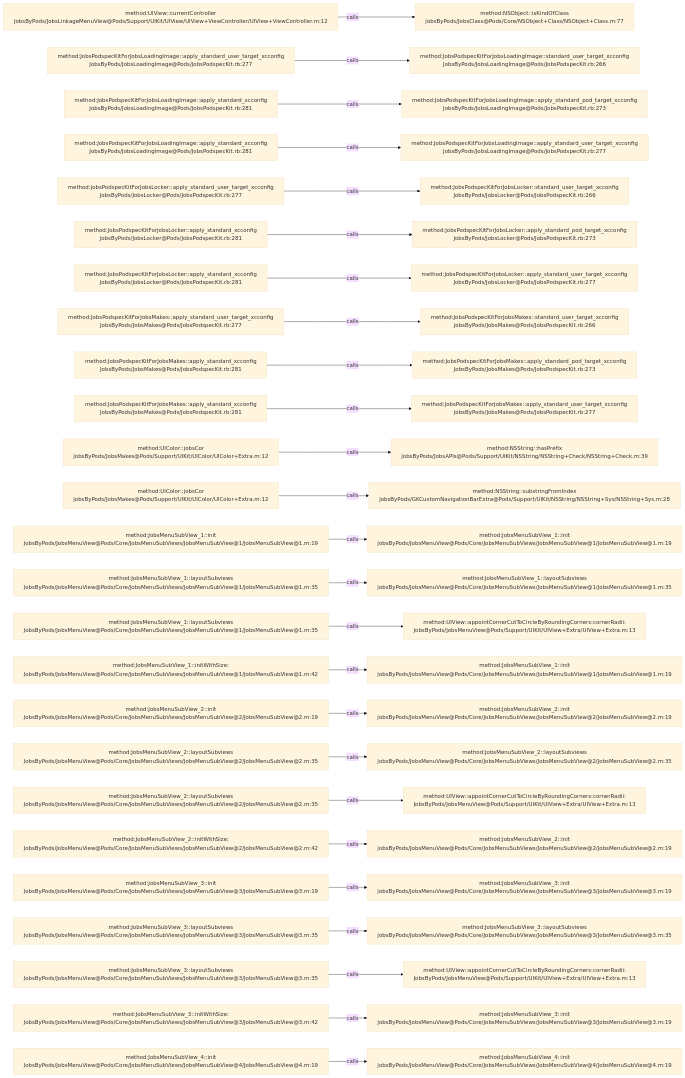
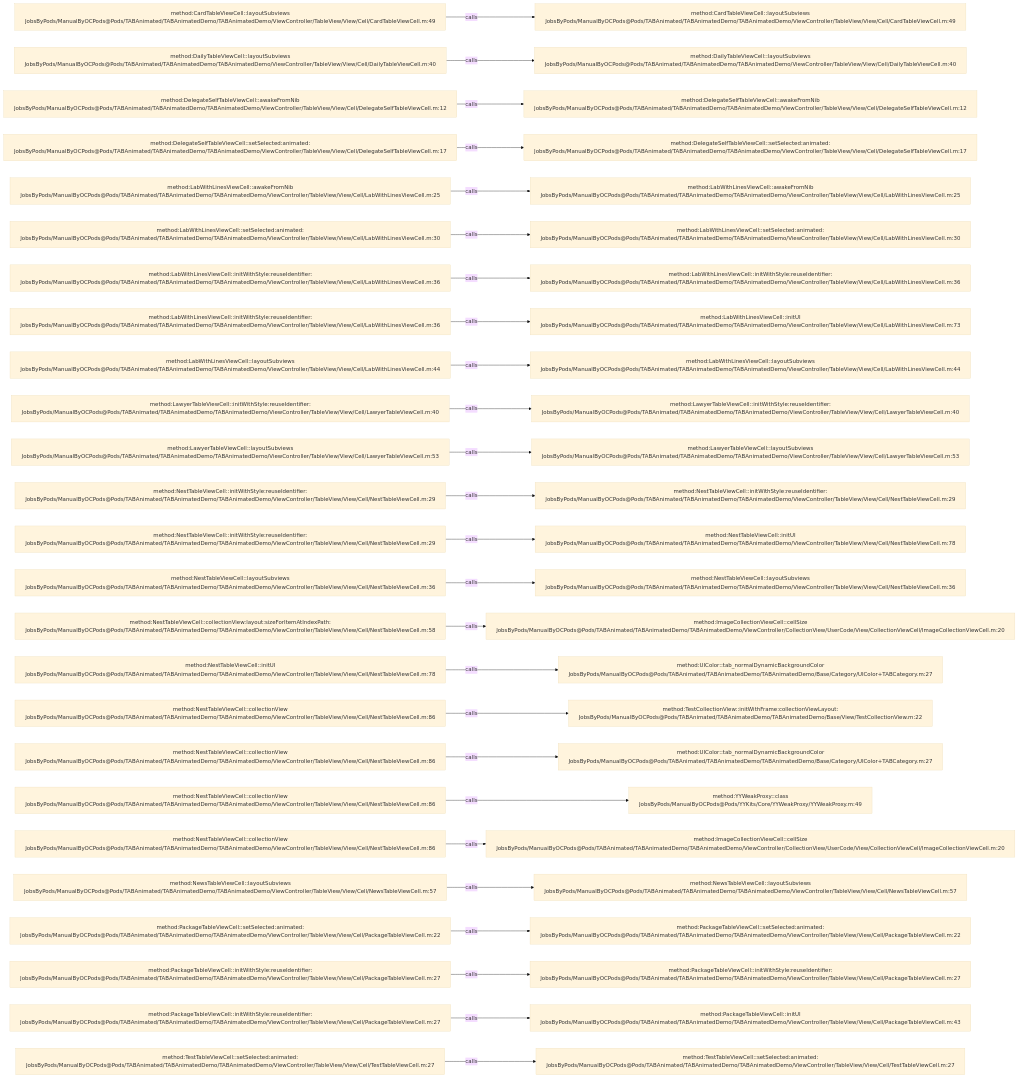
One commit to JobsKits/JobsOCBaseConfigDemo changed the diagram in .codegraph/codegraph.md/graphs/calls-075.md. Above: the diagram before and after it, drawn with Mermaid (base theme). The commit also changed 2162 other files, not shown here.

````diff
--- a/.codegraph/codegraph.md/graphs/calls-075.md
+++ b/.codegraph/codegraph.md/graphs/calls-075.md
@@ -13,78 +13,78 @@
 ```mermaid
 flowchart LR
-  S1["method:UIView::currentController<br/>JobsByPods/JobsLinkageMenuView@Pods/Support/UIKit/UIView/UIView+ViewController/UIView+ViewController.m:12"]
-  T1["method:NSObject::isKindOfClass<br/>JobsByPods/JobsClass@Pods/Core/NSObject+Class/NSObject+Class.m:77"]
+  S1["method:CardTableViewCell::layoutSubviews<br/>JobsByPods/ManualByOCPods@Pods/TABAnimated/TABAnimatedDemo/TABAnimatedDemo/ViewController/TableView/View/Cell/CardTableViewCell.m:49"]
+  T1["method:CardTableViewCell::layoutSubviews<br/>JobsByPods/ManualByOCPods@Pods/TABAnimated/TABAnimatedDemo/TABAnimatedDemo/ViewController/TableView/View/Cell/CardTableViewCell.m:49"]
   S1 -->|calls| T1
-  S2["method:JobsPodspecKitForJobsLoadingImage::apply_standard_user_target_xcconfig<br/>JobsByPods/JobsLoadingImage@Pods/JobsPodspecKit.rb:277"]
-  T2["method:JobsPodspecKitForJobsLoadingImage::standard_user_target_xcconfig<br/>JobsByPods/JobsLoadingImage@Pods/JobsPodspecKit.rb:266"]
+  S2["method:DailyTableViewCell::layoutSubviews<br/>JobsByPods/ManualByOCPods@Pods/TABAnimated/TABAnimatedDemo/TABAnimatedDemo/ViewController/TableView/View/Cell/DailyTableViewCell.m:40"]
+  T2["method:DailyTableViewCell::layoutSubviews<br/>JobsByPods/ManualByOCPods@Pods/TABAnimated/TABAnimatedDemo/TABAnimatedDemo/ViewController/TableView/View/Cell/DailyTableViewCell.m:40"]
   S2 -->|calls| T2
-  S3["method:JobsPodspecKitForJobsLoadingImage::apply_standard_xcconfig<br/>JobsByPods/JobsLoadingImage@Pods/JobsPodspecKit.rb:281"]
-  T3["method:JobsPodspecKitForJobsLoadingImage::apply_standard_pod_target_xcconfig<br/>JobsByPods/JobsLoadingImage@Pods/JobsPodspecKit.rb:273"]
+  S3["method:DelegateSelfTableViewCell::awakeFromNib<br/>JobsByPods/ManualByOCPods@Pods/TABAnimated/TABAnimatedDemo/TABAnimatedDemo/ViewController/TableView/View/Cell/DelegateSelfTableViewCell.m:12"]
+  T3["method:DelegateSelfTableViewCell::awakeFromNib<br/>JobsByPods/ManualByOCPods@Pods/TABAnimated/TABAnimatedDemo/TABAnimatedDemo/ViewController/TableView/View/Cell/DelegateSelfTableViewCell.m:12"]
   S3 -->|calls| T3
-  S4["method:JobsPodspecKitForJobsLoadingImage::apply_standard_xcconfig<br/>JobsByPods/JobsLoadingImage@Pods/JobsPodspecKit.rb:281"]
-  T4["method:JobsPodspecKitForJobsLoadingImage::apply_standard_user_target_xcconfig<br/>JobsByPods/JobsLoadingImage@Pods/JobsPodspecKit.rb:277"]
+  S4["method:DelegateSelfTableViewCell::setSelected:animated:<br/>JobsByPods/ManualByOCPods@Pods/TABAnimated/TABAnimatedDemo/TABAnimatedDemo/ViewController/TableView/View/Cell/DelegateSelfTableViewCell.m:17"]
+  T4["method:DelegateSelfTableViewCell::setSelected:animated:<br/>JobsByPods/ManualByOCPods@Pods/TABAnimated/TABAnimatedDemo/TABAnimatedDemo/ViewController/TableView/View/Cell/DelegateSelfTableViewCell.m:17"]
   S4 -->|calls| T4
-  S5["method:JobsPodspecKitForJobsLocker::apply_standard_user_target_xcconfig<br/>JobsByPods/JobsLocker@Pods/JobsPodspecKit.rb:277"]
-  T5["method:JobsPodspecKitForJobsLocker::standard_user_target_xcconfig<br/>JobsByPods/JobsLocker@Pods/JobsPodspecKit.rb:266"]
+  S5["method:LabWithLinesViewCell::awakeFromNib<br/>JobsByPods/ManualByOCPods@Pods/TABAnimated/TABAnimatedDemo/TABAnimatedDemo/ViewController/TableView/View/Cell/LabWithLinesViewCell.m:25"]
+  T5["method:LabWithLinesViewCell::awakeFromNib<br/>JobsByPods/ManualByOCPods@Pods/TABAnimated/TABAnimatedDemo/TABAnimatedDemo/ViewController/TableView/View/Cell/LabWithLinesViewCell.m:25"]
   S5 -->|calls| T5
-  S6["method:JobsPodspecKitForJobsLocker::apply_standard_xcconfig<br/>JobsByPods/JobsLocker@Pods/JobsPodspecKit.rb:281"]
-  T6["method:JobsPodspecKitForJobsLocker::apply_standard_pod_target_xcconfig<br/>JobsByPods/JobsLocker@Pods/JobsPodspecKit.rb:273"]
+  S6["method:LabWithLinesViewCell::setSelected:animated:<br/>JobsByPods/ManualByOCPods@Pods/TABAnimated/TABAnimatedDemo/TABAnimatedDemo/ViewController/TableView/View/Cell/LabWithLinesViewCell.m:30"]
+  T6["method:LabWithLinesViewCell::setSelected:animated:<br/>JobsByPods/ManualByOCPods@Pods/TABAnimated/TABAnimatedDemo/TABAnimatedDemo/ViewController/TableView/View/Cell/LabWithLinesViewCell.m:30"]
   S6 -->|calls| T6
-  S7["method:JobsPodspecKitForJobsLocker::apply_standard_xcconfig<br/>JobsByPods/JobsLocker@Pods/JobsPodspecKit.rb:281"]
-  T7["method:JobsPodspecKitForJobsLocker::apply_standard_user_target_xcconfig<br/>JobsByPods/JobsLocker@Pods/JobsPodspecKit.rb:277"]
+  S7["method:LabWithLinesViewCell::initWithStyle:reuseIdentifier:<br/>JobsByPods/ManualByOCPods@Pods/TABAnimated/TABAnimatedDemo/TABAnimatedDemo/ViewController/TableView/View/Cell/LabWithLinesViewCell.m:36"]
+  T7["method:LabWithLinesViewCell::initWithStyle:reuseIdentifier:<br/>JobsByPods/ManualByOCPods@Pods/TABAnimated/TABAnimatedDemo/TABAnimatedDemo/ViewController/TableView/View/Cell/LabWithLinesViewCell.m:36"]
   S7 -->|calls| T7
-  S8["method:JobsPodspecKitForJobsMakes::apply_standard_user_target_xcconfig<br/>JobsByPods/JobsMakes@Pods/JobsPodspecKit.rb:277"]
-  T8["method:JobsPodspecKitForJobsMakes::standard_user_target_xcconfig<br/>JobsByPods/JobsMakes@Pods/JobsPodspecKit.rb:266"]
+  S8["method:LabWithLinesViewCell::initWithStyle:reuseIdentifier:<br/>JobsByPods/ManualByOCPods@Pods/TABAnimated/TABAnimatedDemo/TABAnimatedDemo/ViewController/TableView/View/Cell/LabWithLinesViewCell.m:36"]
+  T8["method:LabWithLinesViewCell::initUI<br/>JobsByPods/ManualByOCPods@Pods/TABAnimated/TABAnimatedDemo/TABAnimatedDemo/ViewController/TableView/View/Cell/LabWithLinesViewCell.m:73"]
   S8 -->|calls| T8
-  S9["method:JobsPodspecKitForJobsMakes::apply_standard_xcconfig<br/>JobsByPods/JobsMakes@Pods/JobsPodspecKit.rb:281"]
-  T9["method:JobsPodspecKitForJobsMakes::apply_standard_pod_target_xcconfig<br/>JobsByPods/JobsMakes@Pods/JobsPodspecKit.rb:273"]
+  S9["method:LabWithLinesViewCell::layoutSubviews<br/>JobsByPods/ManualByOCPods@Pods/TABAnimated/TABAnimatedDemo/TABAnimatedDemo/ViewController/TableView/View/Cell/LabWithLinesViewCell.m:44"]
+  T9["method:LabWithLinesViewCell::layoutSubviews<br/>JobsByPods/ManualByOCPods@Pods/TABAnimated/TABAnimatedDemo/TABAnimatedDemo/ViewController/TableView/View/Cell/LabWithLinesViewCell.m:44"]
   S9 -->|calls| T9
-  S10["method:JobsPodspecKitForJobsMakes::apply_standard_xcconfig<br/>JobsByPods/JobsMakes@Pods/JobsPodspecKit.rb:281"]
-  T10["method:JobsPodspecKitForJobsMakes::apply_standard_user_target_xcconfig<br/>JobsByPods/JobsMakes@Pods/JobsPodspecKit.rb:277"]
+  S10["method:LawyerTableViewCell::initWithStyle:reuseIdentifier:<br/>JobsByPods/ManualByOCPods@Pods/TABAnimated/TABAnimatedDemo/TABAnimatedDemo/ViewController/TableView/View/Cell/LawyerTableViewCell.m:40"]
+  T10["method:LawyerTableViewCell::initWithStyle:reuseIdentifier:<br/>JobsByPods/ManualByOCPods@Pods/TABAnimated/TABAnimatedDemo/TABAnimatedDemo/ViewController/TableView/View/Cell/LawyerTableViewCell.m:40"]
   S10 -->|calls| T10
-  S11["method:UIColor::jobsCor<br/>JobsByPods/JobsMakes@Pods/Support/UIKit/UIColor/UIColor+Extra.m:12"]
-  T11["method:NSString::hasPrefix<br/>JobsByPods/JobsAPIs@Pods/Support/UIKit/NSString/NSString+Check/NSString+Check.m:39"]
+  S11["method:LawyerTableViewCell::layoutSubviews<br/>JobsByPods/ManualByOCPods@Pods/TABAnimated/TABAnimatedDemo/TABAnimatedDemo/ViewController/TableView/View/Cell/LawyerTableViewCell.m:53"]
+  T11["method:LawyerTableViewCell::layoutSubviews<br/>JobsByPods/ManualByOCPods@Pods/TABAnimated/TABAnimatedDemo/TABAnimatedDemo/ViewController/TableView/View/Cell/LawyerTableViewCell.m:53"]
   S11 -->|calls| T11
-  S12["method:UIColor::jobsCor<br/>JobsByPods/JobsMakes@Pods/Support/UIKit/UIColor/UIColor+Extra.m:12"]
-  T12["method:NSString::substringFromIndex<br/>JobsByPods/GKCustomNavigationBarExtra@Pods/Support/UIKit/NSString/NSString+Sys/NSString+Sys.m:28"]
+  S12["method:NestTableViewCell::initWithStyle:reuseIdentifier:<br/>JobsByPods/ManualByOCPods@Pods/TABAnimated/TABAnimatedDemo/TABAnimatedDemo/ViewController/TableView/View/Cell/NestTableViewCell.m:29"]
+  T12["method:NestTableViewCell::initWithStyle:reuseIdentifier:<br/>JobsByPods/ManualByOCPods@Pods/TABAnimated/TABAnimatedDemo/TABAnimatedDemo/ViewController/TableView/View/Cell/NestTableViewCell.m:29"]
   S12 -->|calls| T12
-  S13["method:JobsMenuSubView_1::init<br/>JobsByPods/JobsMenuView@Pods/Core/JobsMenuSubViews/JobsMenuSubView@1/JobsMenuSubView@1.m:19"]
-  T13["method:JobsMenuSubView_1::init<br/>JobsByPods/JobsMenuView@Pods/Core/JobsMenuSubViews/JobsMenuSubView@1/JobsMenuSubView@1.m:19"]
+  S13["method:NestTableViewCell::initWithStyle:reuseIdentifier:<br/>JobsByPods/ManualByOCPods@Pods/TABAnimated/TABAnimatedDemo/TABAnimatedDemo/ViewController/TableView/View/Cell/NestTableViewCell.m:29"]
+  T13["method:NestTableViewCell::initUI<br/>JobsByPods/ManualByOCPods@Pods/TABAnimated/TABAnimatedDemo/TABAnimatedDemo/ViewController/TableView/View/Cell/NestTableViewCell.m:78"]
   S13 -->|calls| T13
-  S14["method:JobsMenuSubView_1::layoutSubviews<br/>JobsByPods/JobsMenuView@Pods/Core/JobsMenuSubViews/JobsMenuSubView@1/JobsMenuSubView@1.m:35"]
-  T14["method:JobsMenuSubView_1::layoutSubviews<br/>JobsByPods/JobsMenuView@Pods/Core/JobsMenuSubViews/JobsMenuSubView@1/JobsMenuSubView@1.m:35"]
+  S14["method:NestTableViewCell::layoutSubviews<br/>JobsByPods/ManualByOCPods@Pods/TABAnimated/TABAnimatedDemo/TABAnimatedDemo/ViewController/TableView/View/Cell/NestTableViewCell.m:36"]
+  T14["method:NestTableViewCell::layoutSubviews<br/>JobsByPods/ManualByOCPods@Pods/TABAnimated/TABAnimatedDemo/TABAnimatedDemo/ViewController/TableView/View/Cell/NestTableViewCell.m:36"]
   S14 -->|calls| T14
-  S15["method:JobsMenuSubView_1::layoutSubviews<br/>JobsByPods/JobsMenuView@Pods/Core/JobsMenuSubViews/JobsMenuSubView@1/JobsMenuSubView@1.m:35"]
-  T15["method:UIView::appointCornerCutToCircleByRoundingCorners:cornerRadii:<br/>JobsByPods/JobsMenuView@Pods/Support/UIKit/UIView+Extra/UIView+Extra.m:13"]
+  S15["method:NestTableViewCell::collectionView:layout:sizeForItemAtIndexPath:<br/>JobsByPods/ManualByOCPods@Pods/TABAnimated/TABAnimatedDemo/TABAnimatedDemo/ViewController/TableView/View/Cell/NestTableViewCell.m:58"]
+  T15["method:ImageCollectionViewCell::cellSize<br/>JobsByPods/ManualByOCPods@Pods/TABAnimated/TABAnimatedDemo/TABAnimatedDemo/ViewController/CollectionView/UserCode/View/CollectionViewCell/ImageCollectionViewCell.m:20"]
   S15 -->|calls| T15
-  S16["method:JobsMenuSubView_1::initWithSize:<br/>JobsByPods/JobsMenuView@Pods/Core/JobsMenuSubViews/JobsMenuSubView@1/JobsMenuSubView@1.m:42"]
-  T16["method:JobsMenuSubView_1::init<br/>JobsByPods/JobsMenuView@Pods/Core/JobsMenuSubViews/JobsMenuSubView@1/JobsMenuSubView@1.m:19"]
+  S16["method:NestTableViewCell::initUI<br/>JobsByPods/ManualByOCPods@Pods/TABAnimated/TABAnimatedDemo/TABAnimatedDemo/ViewController/TableView/View/Cell/NestTableViewCell.m:78"]
+  T16["method:UIColor::tab_normalDynamicBackgroundColor<br/>JobsByPods/ManualByOCPods@Pods/TABAnimated/TABAnimatedDemo/TABAnimatedDemo/Base/Category/UIColor+TABCategory.m:27"]
   S16 -->|calls| T16
-  S17["method:JobsMenuSubView_2::init<br/>JobsByPods/JobsMenuView@Pods/Core/JobsMenuSubViews/JobsMenuSubView@2/JobsMenuSubView@2.m:19"]
-  T17["method:JobsMenuSubView_2::init<br/>JobsByPods/JobsMenuView@Pods/Core/JobsMenuSubViews/JobsMenuSubView@2/JobsMenuSubView@2.m:19"]
+  S17["method:NestTableViewCell::collectionView<br/>JobsByPods/ManualByOCPods@Pods/TABAnimated/TABAnimatedDemo/TABAnimatedDemo/ViewController/TableView/View/Cell/NestTableViewCell.m:86"]
+  T17["method:TestCollectionView::initWithFrame:collectionViewLayout:<br/>JobsByPods/ManualByOCPods@Pods/TABAnimated/TABAnimatedDemo/TABAnimatedDemo/Base/View/TestCollectionView.m:22"]
   S17 -->|calls| T17
-  S18["method:JobsMenuSubView_2::layoutSubviews<br/>JobsByPods/JobsMenuView@Pods/Core/JobsMenuSubViews/JobsMenuSubView@2/JobsMenuSubView@2.m:35"]
-  T18["method:JobsMenuSubView_2::layoutSubviews<br/>JobsByPods/JobsMenuView@Pods/Core/JobsMenuSubViews/JobsMenuSubView@2/JobsMenuSubView@2.m:35"]
+  S18["method:NestTableViewCell::collectionView<br/>JobsByPods/ManualByOCPods@Pods/TABAnimated/TABAnimatedDemo/TABAnimatedDemo/ViewController/TableView/View/Cell/NestTableViewCell.m:86"]
+  T18["method:UIColor::tab_normalDynamicBackgroundColor<br/>JobsByPods/ManualByOCPods@Pods/TABAnimated/TABAnimatedDemo/TABAnimatedDemo/Base/Category/UIColor+TABCategory.m:27"]
   S18 -->|calls| T18
-  S19["method:JobsMenuSubView_2::layoutSubviews<br/>JobsByPods/JobsMenuView@Pods/Core/JobsMenuSubViews/JobsMenuSubView@2/JobsMenuSubView@2.m:35"]
-  T19["method:UIView::appointCornerCutToCircleByRoundingCorners:cornerRadii:<br/>JobsByPods/JobsMenuView@Pods/Support/UIKit/UIView+Extra/UIView+Extra.m:13"]
+  S19["method:NestTableViewCell::collectionView<br/>JobsByPods/ManualByOCPods@Pods/TABAnimated/TABAnimatedDemo/TABAnimatedDemo/ViewController/TableView/View/Cell/NestTableViewCell.m:86"]
+  T19["method:YYWeakProxy::class<br/>JobsByPods/ManualByOCPods@Pods/YYKits/Core/YYWeakProxy/YYWeakProxy.m:49"]
   S19 -->|calls| T19
-  S20["method:JobsMenuSubView_2::initWithSize:<br/>JobsByPods/JobsMenuView@Pods/Core/JobsMenuSubViews/JobsMenuSubView@2/JobsMenuSubView@2.m:42"]
-  T20["method:JobsMenuSubView_2::init<br/>JobsByPods/JobsMenuView@Pods/Core/JobsMenuSubViews/JobsMenuSubView@2/JobsMenuSubView@2.m:19"]
+  S20["method:NestTableViewCell::collectionView<br/>JobsByPods/ManualByOCPods@Pods/TABAnimated/TABAnimatedDemo/TABAnimatedDemo/ViewController/TableView/View/Cell/NestTableViewCell.m:86"]
+  T20["method:ImageCollectionViewCell::cellSize<br/>JobsByPods/ManualByOCPods@Pods/TABAnimated/TABAnimatedDemo/TABAnimatedDemo/ViewController/CollectionView/UserCode/View/CollectionViewCell/ImageCollectionViewCell.m:20"]
   S20 -->|calls| T20
-  S21["method:JobsMenuSubView_3::init<br/>JobsByPods/JobsMenuView@Pods/Core/JobsMenuSubViews/JobsMenuSubView@3/JobsMenuSubView@3.m:19"]
-  T21["method:JobsMenuSubView_3::init<br/>JobsByPods/JobsMenuView@Pods/Core/JobsMenuSubViews/JobsMenuSubView@3/JobsMenuSubView@3.m:19"]
+  S21["method:NewsTableViewCell::layoutSubviews<br/>JobsByPods/ManualByOCPods@Pods/TABAnimated/TABAnimatedDemo/TABAnimatedDemo/ViewController/TableView/View/Cell/NewsTableViewCell.m:57"]
+  T21["method:NewsTableViewCell::layoutSubviews<br/>JobsByPods/ManualByOCPods@Pods/TABAnimated/TABAnimatedDemo/TABAnimatedDemo/ViewController/TableView/View/Cell/NewsTableViewCell.m:57"]
   S21 -->|calls| T21
-  S22["method:JobsMenuSubView_3::layoutSubviews<br/>JobsByPods/JobsMenuView@Pods/Core/JobsMenuSubViews/JobsMenuSubView@3/JobsMenuSubView@3.m:35"]
-  T22["method:JobsMenuSubView_3::layoutSubviews<br/>JobsByPods/JobsMenuView@Pods/Core/JobsMenuSubViews/JobsMenuSubView@3/JobsMenuSubView@3.m:35"]
+  S22["method:PackageTableViewCell::setSelected:animated:<br/>JobsByPods/ManualByOCPods@Pods/TABAnimated/TABAnimatedDemo/TABAnimatedDemo/ViewController/TableView/View/Cell/PackageTableViewCell.m:22"]
+  T22["method:PackageTableViewCell::setSelected:animated:<br/>JobsByPods/ManualByOCPods@Pods/TABAnimated/TABAnimatedDemo/TABAnimatedDemo/ViewController/TableView/View/Cell/PackageTableViewCell.m:22"]
   S22 -->|calls| T22
-  S23["method:JobsMenuSubView_3::layoutSubviews<br/>JobsByPods/JobsMenuView@Pods/Core/JobsMenuSubViews/JobsMenuSubView@3/JobsMenuSubView@3.m:35"]
-  T23["method:UIView::appointCornerCutToCircleByRoundingCorners:cornerRadii:<br/>JobsByPods/JobsMenuView@Pods/Support/UIKit/UIView+Extra/UIView+Extra.m:13"]
+  S23["method:PackageTableViewCell::initWithStyle:reuseIdentifier:<br/>JobsByPods/ManualByOCPods@Pods/TABAnimated/TABAnimatedDemo/TABAnimatedDemo/ViewController/TableView/View/Cell/PackageTableViewCell.m:27"]
+  T23["method:PackageTableViewCell::initWithStyle:reuseIdentifier:<br/>JobsByPods/ManualByOCPods@Pods/TABAnimated/TABAnimatedDemo/TABAnimatedDemo/ViewController/TableView/View/Cell/PackageTableViewCell.m:27"]
   S23 -->|calls| T23
-  S24["method:JobsMenuSubView_3::initWithSize:<br/>JobsByPods/JobsMenuView@Pods/Core/JobsMenuSubViews/JobsMenuSubView@3/JobsMenuSubView@3.m:42"]
-  T24["method:JobsMenuSubView_3::init<br/>JobsByPods/JobsMenuView@Pods/Core/JobsMenuSubViews/JobsMenuSubView@3/JobsMenuSubView@3.m:19"]
+  S24["method:PackageTableViewCell::initWithStyle:reuseIdentifier:<br/>JobsByPods/ManualByOCPods@Pods/TABAnimated/TABAnimatedDemo/TABAnimatedDemo/ViewController/TableView/View/Cell/PackageTableViewCell.m:27"]
+  T24["method:PackageTableViewCell::initUI<br/>JobsByPods/ManualByOCPods@Pods/TABAnimated/TABAnimatedDemo/TABAnimatedDemo/ViewController/TableView/View/Cell/PackageTableViewCell.m:43"]
   S24 -->|calls| T24
-  S25["method:JobsMenuSubView_4::init<br/>JobsByPods/JobsMenuView@Pods/Core/JobsMenuSubViews/JobsMenuSubView@4/JobsMenuSubView@4.m:19"]
-  T25["method:JobsMenuSubView_4::init<br/>JobsByPods/JobsMenuView@Pods/Core/JobsMenuSubViews/JobsMenuSubView@4/JobsMenuSubView@4.m:19"]
+  S25["method:TestTableViewCell::setSelected:animated:<br/>JobsByPods/ManualByOCPods@Pods/TABAnimated/TABAnimatedDemo/TABAnimatedDemo/ViewController/TableView/View/Cell/TestTableViewCell.m:27"]
+  T25["method:TestTableViewCell::setSelected:animated:<br/>JobsByPods/ManualByOCPods@Pods/TABAnimated/TABAnimatedDemo/TABAnimatedDemo/ViewController/TableView/View/Cell/TestTableViewCell.m:27"]
   S25 -->|calls| T25
 ```
````
